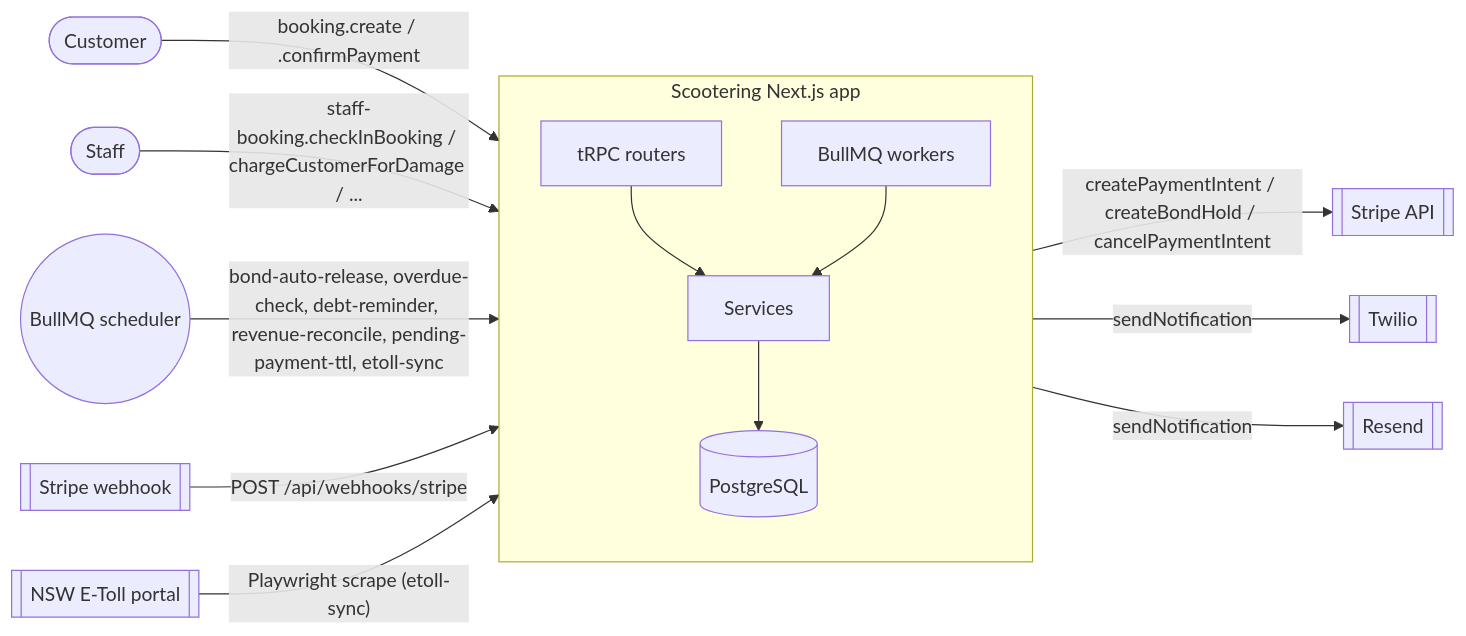
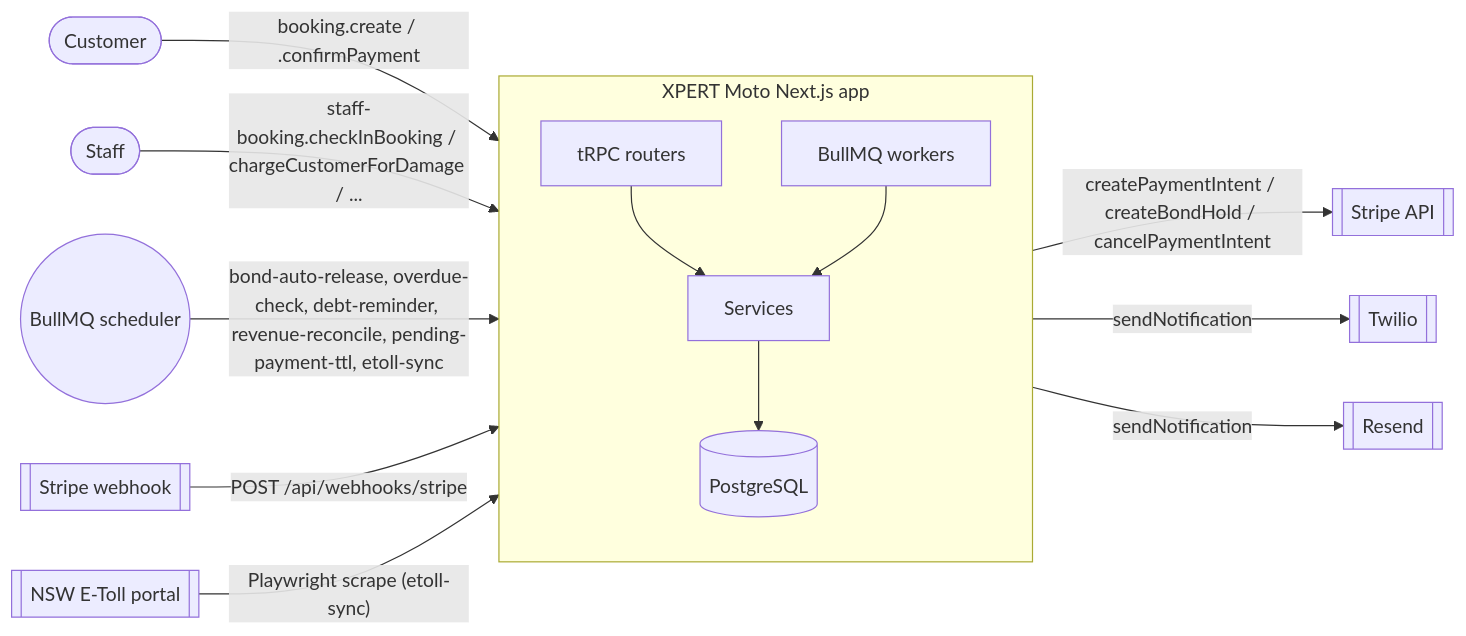
The first of 6 diagrams in docs/payments/architecture.md (vladisimo/xpertmoto), drawn with Mermaid before and after one commit. The commit also changed other lines of this file and 180 other files, not shown here.

First line of the commit message:
chore: reconcile "scootering" references to XPERT Moto

````diff
--- a/docs/payments/architecture.md
+++ b/docs/payments/architecture.md
@@ -14,31 +14,31 @@
 ```mermaid
 flowchart LR
   Customer([Customer])
   Staff([Staff])
   Cron((BullMQ scheduler))
   StripeAPI[[Stripe API]]
   StripeHook[[Stripe webhook]]
   NSWEToll[[NSW E-Toll portal]]
   Twilio[[Twilio]]
   Resend[[Resend]]
 
   Customer -->|"booking.create / .confirmPayment"| App
   Staff -->|"staff-booking.checkInBooking / chargeCustomerForDamage / ..."| App
   Cron -->|"bond-auto-release, overdue-check, debt-reminder, revenue-reconcile, pending-payment-ttl, etoll-sync"| App
   App -->|"createPaymentIntent / createBondHold / cancelPaymentIntent"| StripeAPI
   StripeHook -->|"POST /api/webhooks/stripe"| App
   NSWEToll -->|"Playwright scrape (etoll-sync)"| App
   App -->|"sendNotification"| Twilio
   App -->|"sendNotification"| Resend
 
-  subgraph App[Scootering Next.js app]
+  subgraph App[XPERT Moto Next.js app]
     direction TB
     TRPC[tRPC routers]
     Jobs[BullMQ workers]
     Services[Services]
     DB[(PostgreSQL)]
     TRPC --> Services
     Jobs --> Services
     Services --> DB
   end
 ```
````
